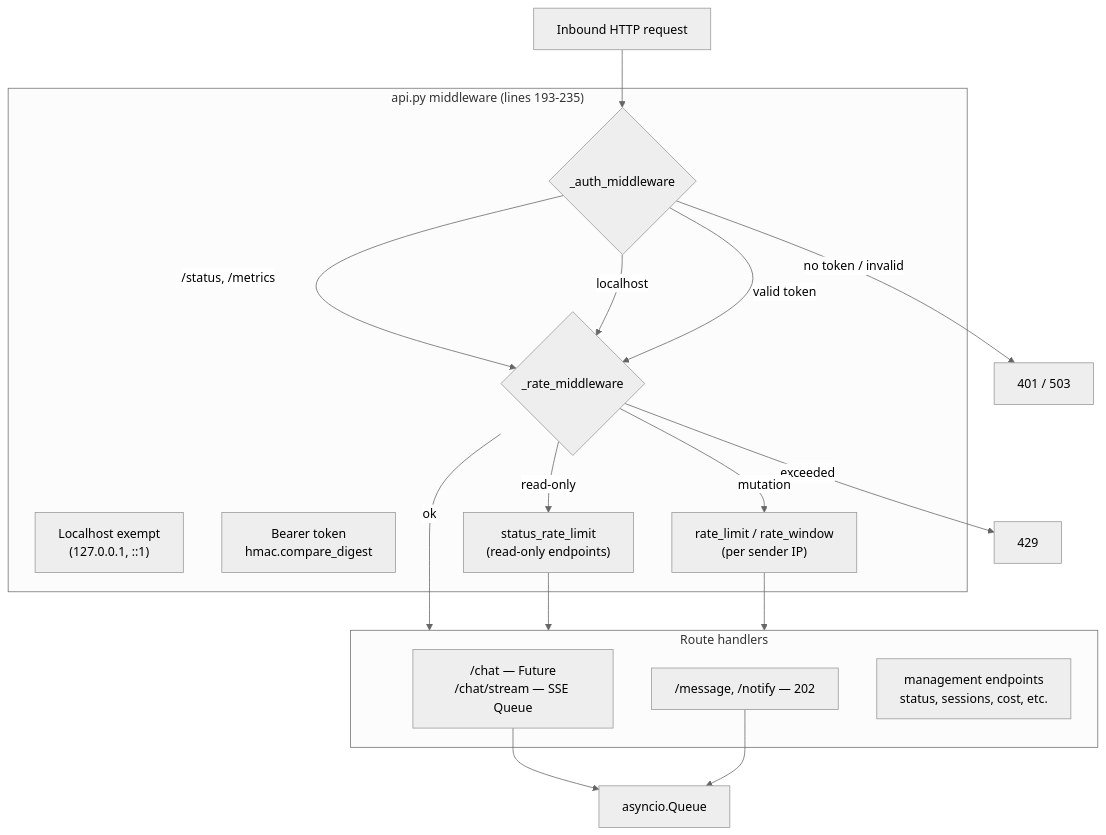
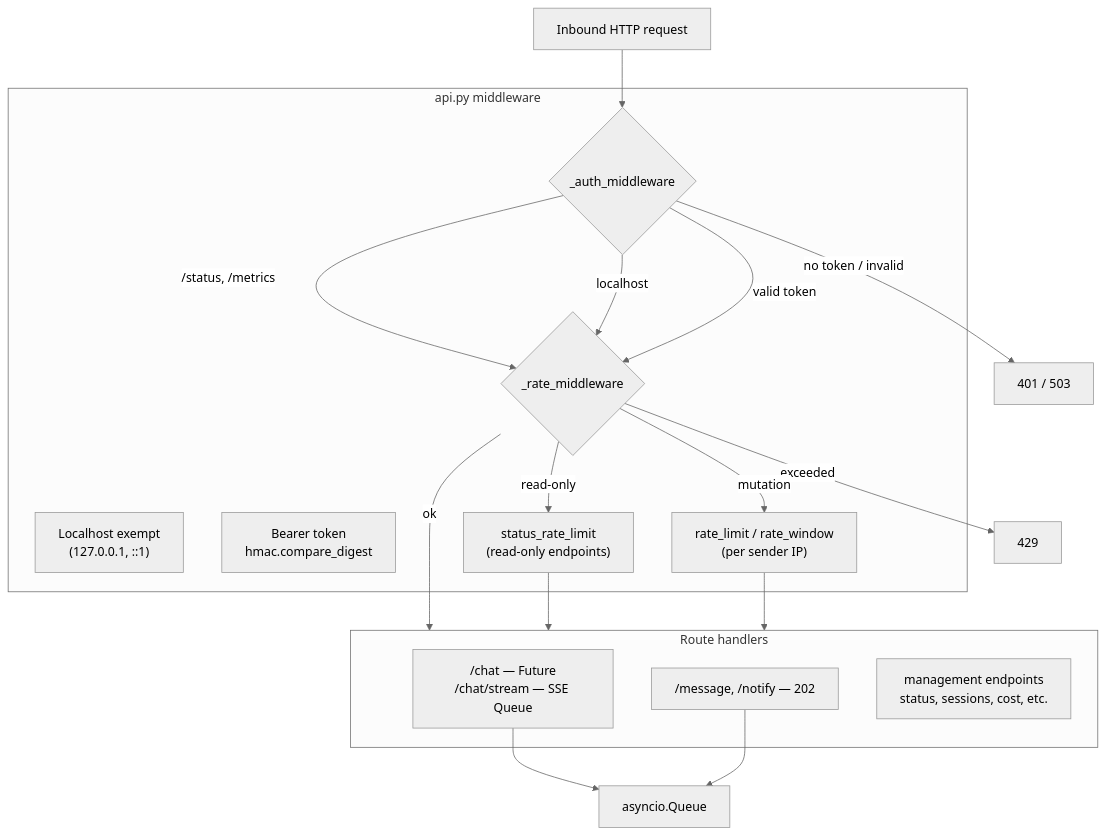
Before and after one commit to nicolasforstinger/lucyd: the eighth of 10 diagrams in docs/diagrams.md, drawn with Mermaid (neutral theme). The commit also changed other lines of this file and 43 other files, not shown here.

````diff
--- a/docs/diagrams.md
+++ b/docs/diagrams.md
@@ -588,33 +586,33 @@
 ```mermaid
 flowchart TD
     REQ["Inbound HTTP request"]
 
-    subgraph Middleware["api.py middleware (lines 193-235)"]
+    subgraph Middleware["api.py middleware"]
         AUTH{"_auth_middleware"}
         LOCALHOST["Localhost exempt<br/>(127.0.0.1, ::1)"]
         TOKEN["Bearer token<br/>hmac.compare_digest"]
         RATE{"_rate_middleware"}
         RATE_RO["status_rate_limit<br/>(read-only endpoints)"]
         RATE_RW["rate_limit / rate_window<br/>(per sender IP)"]
     end
 
     subgraph Handlers["Route handlers"]
         SYNC["/chat — Future<br/>/chat/stream — SSE Queue"]
         ASYNC["/message, /notify — 202"]
         MGMT["management endpoints<br/>status, sessions, cost, etc."]
     end
 
     Q["asyncio.Queue"]
 
     REQ --> AUTH
     AUTH -->|"/status, /metrics"| RATE
     AUTH -->|localhost| RATE
     AUTH -->|valid token| RATE
     AUTH -->|"no token / invalid"| REJECT["401 / 503"]
     RATE -->|ok| Handlers
     RATE -->|exceeded| REJECT429["429"]
     RATE -->|read-only| RATE_RO --> Handlers
     RATE -->|mutation| RATE_RW --> Handlers
     SYNC --> Q
     ASYNC --> Q
 ```
````
